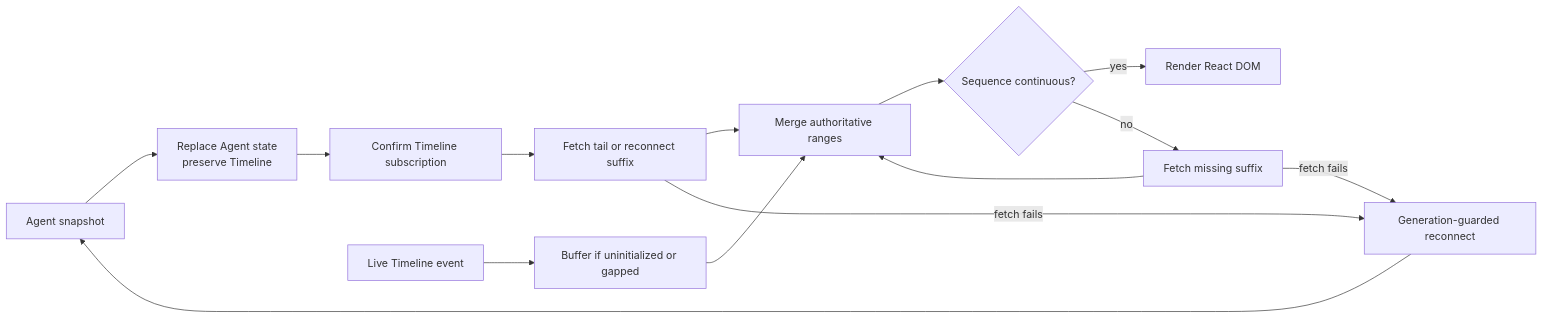
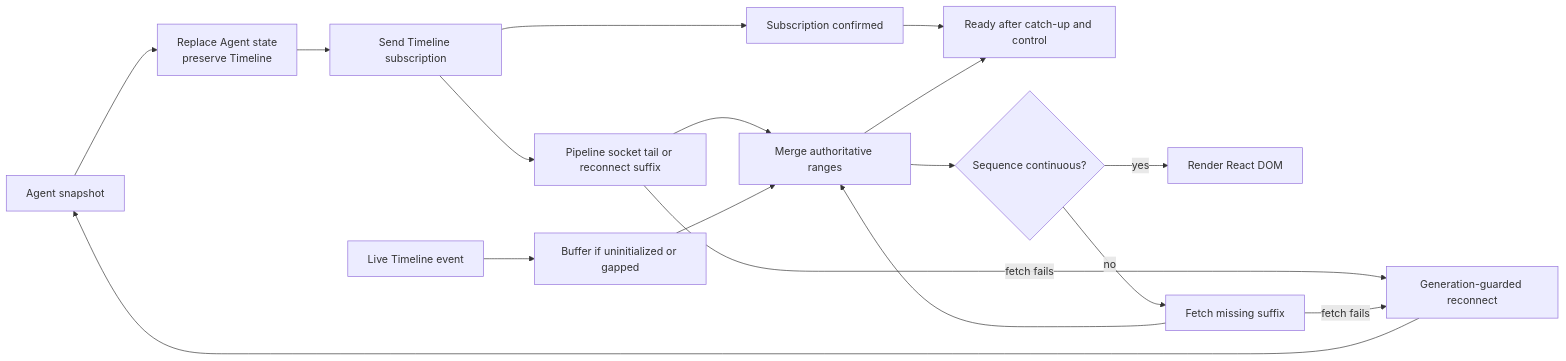
One commit to xuangong/agent-remote-control changed the second of 2 diagrams in docs/current/agent-remote/web.md. Above: the diagram before and after it, drawn with Mermaid. The commit also changed other lines of this file and 15 other files, not shown here.

````diff
--- a/docs/current/agent-remote/web.md
+++ b/docs/current/agent-remote/web.md
@@ -38,16 +38,19 @@
 ```mermaid
 flowchart LR
   snapshot["Agent snapshot"] --> agent["Replace Agent state<br/>preserve Timeline"]
-  agent --> subscribe["Confirm Timeline subscription"]
-  subscribe --> tail["Fetch tail or reconnect suffix"]
+  agent --> subscribe["Send Timeline subscription"]
+  subscribe --> tail["Pipeline socket tail or reconnect suffix"]
+  subscribe --> confirmed["Subscription confirmed"]
+  confirmed --> ready["Ready after catch-up and control"]
+  replica --> ready
   live["Live Timeline event"] --> buffer["Buffer if uninitialized or gapped"]
   tail --> replica["Merge authoritative ranges"]
   buffer --> replica
   replica --> gap{"Sequence continuous?"}
   gap -->|"yes"| timeline["Render React DOM"]
   gap -->|"no"| after["Fetch missing suffix"]
   after --> replica
   tail -->|"fetch fails"| restart["Generation-guarded reconnect"]
   after -->|"fetch fails"| restart
   restart --> snapshot
 ```
````
